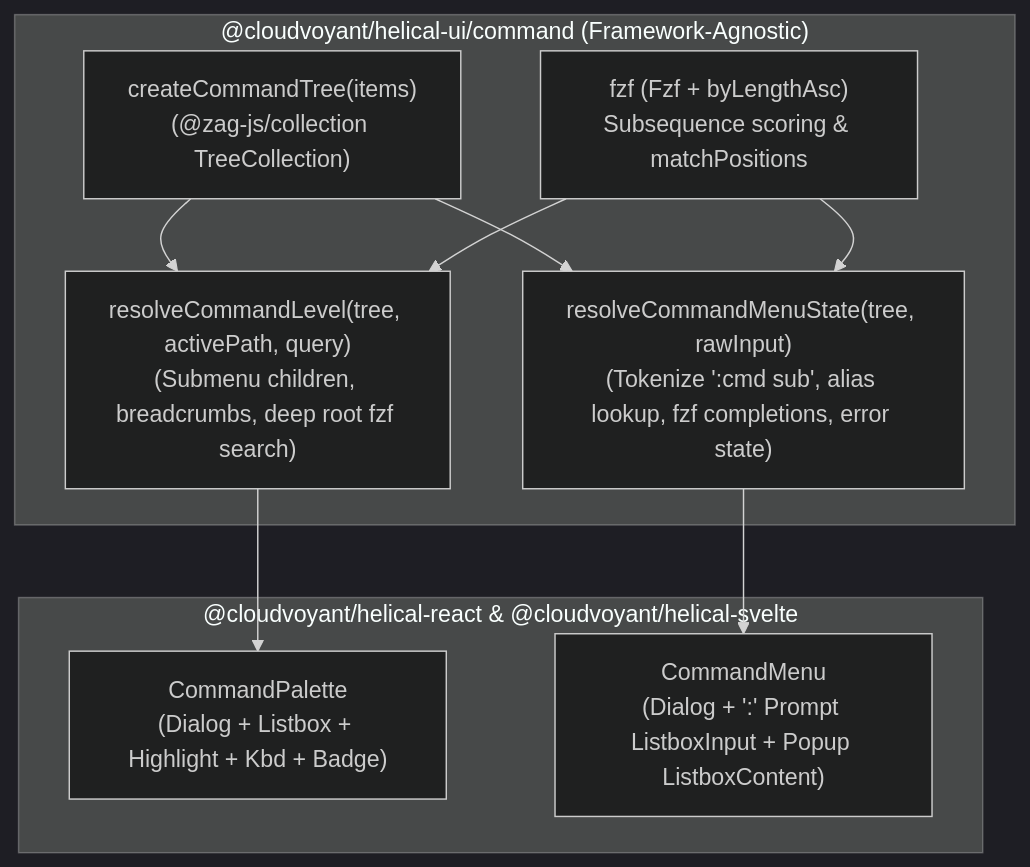
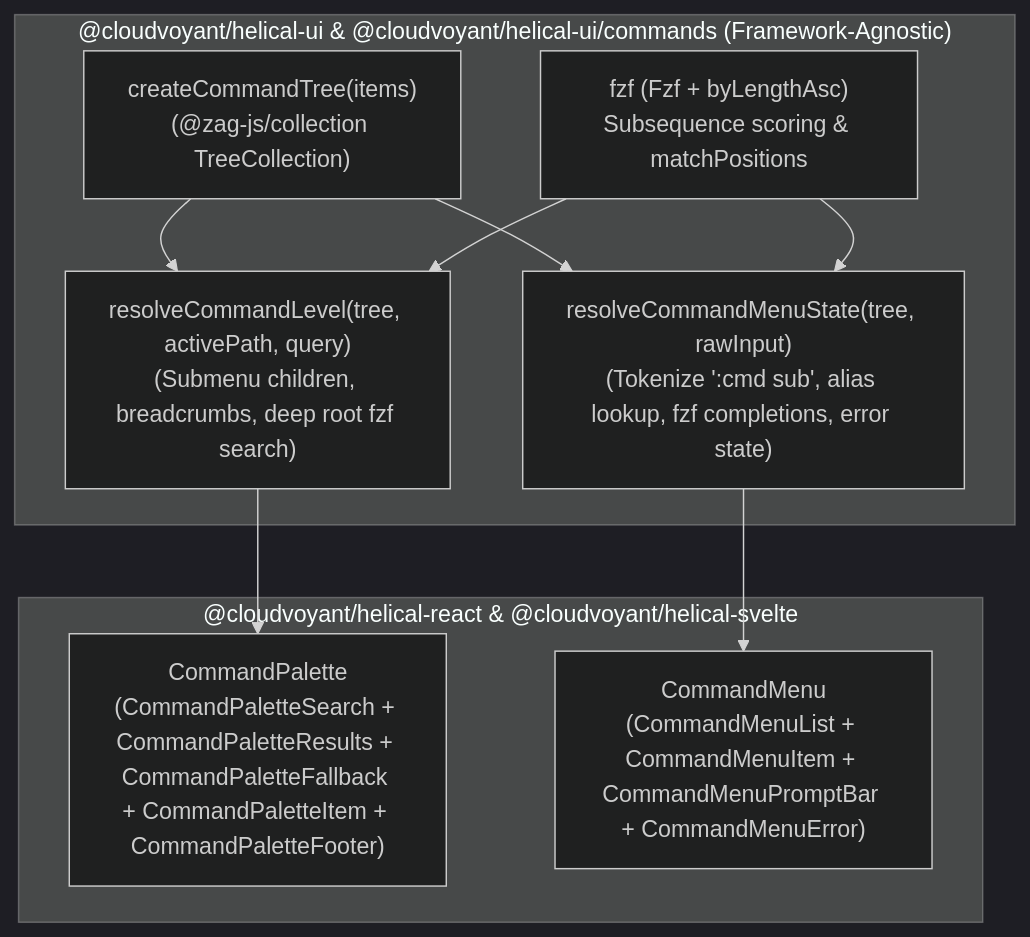
The first of 2 diagrams in docs/architecture/components/commands.md (cloudvoyant/helical-ui), drawn with Mermaid (dark theme) before and after one commit. The commit also changed other lines of this file and 79 other files, not shown here.

````diff
--- a/docs/architecture/components/commands.md
+++ b/docs/architecture/components/commands.md
@@ -40,21 +40,21 @@
 ```mermaid
 flowchart TD
-  subgraph Core["@cloudvoyant/helical-ui/command (Framework-Agnostic)"]
+  subgraph Core["@cloudvoyant/helical-ui & @cloudvoyant/helical-ui/commands (Framework-Agnostic)"]
     Tree["createCommandTree(items)\n(@zag-js/collection TreeCollection<CommandNode>)"]
     PalRes["resolveCommandLevel(tree, activePath, query)\n(Submenu children, breadcrumbs, deep root fzf search)"]
     MenuRes["resolveCommandMenuState(tree, rawInput)\n(Tokenize ':cmd sub', alias lookup, fzf completions, error state)"]
     Fzf["fzf (Fzf + byLengthAsc)\nSubsequence scoring & matchPositions"]
   end
 
   subgraph Wrappers["@cloudvoyant/helical-react & @cloudvoyant/helical-svelte"]
-    Palette["CommandPalette\n(Dialog + Listbox + Highlight + Kbd + Badge)"]
-    Menu["CommandMenu\n(Dialog + ':' Prompt ListboxInput + Popup ListboxContent)"]
+    Palette["CommandPalette\n(CommandPaletteSearch + CommandPaletteResults + CommandPaletteFallback + CommandPaletteItem + CommandPaletteFooter)"]
+    Menu["CommandMenu\n(CommandMenuList + CommandMenuItem + CommandMenuPromptBar + CommandMenuError)"]
   end
 
   Tree --> PalRes
   Tree --> MenuRes
   Fzf --> PalRes
   Fzf --> MenuRes
   PalRes --> Palette
   MenuRes --> Menu
 ```
````
